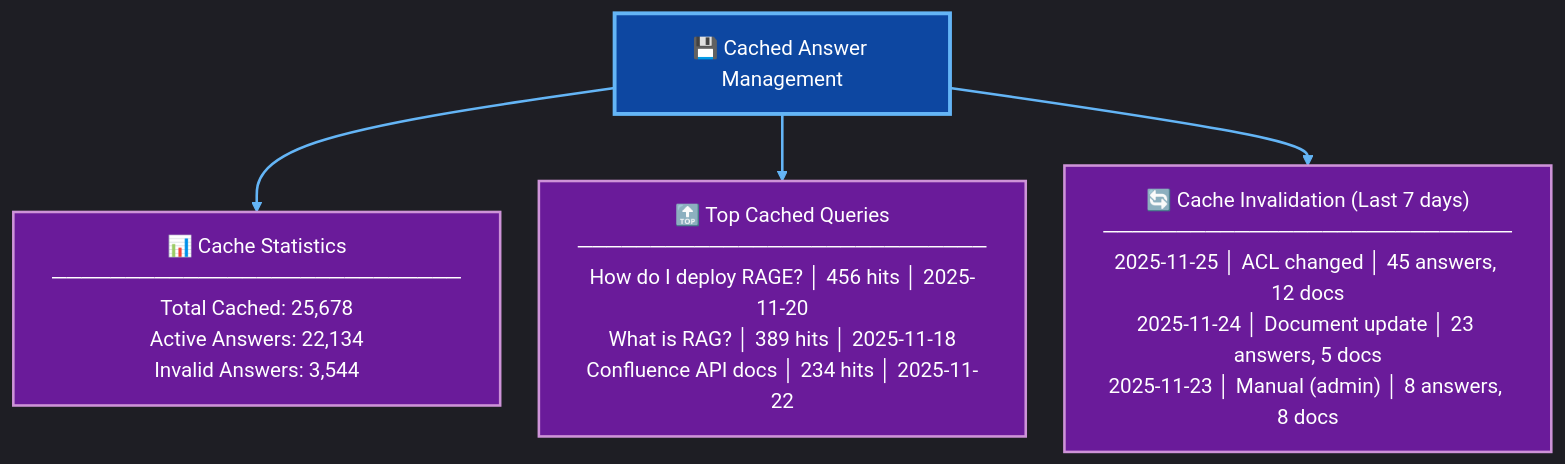
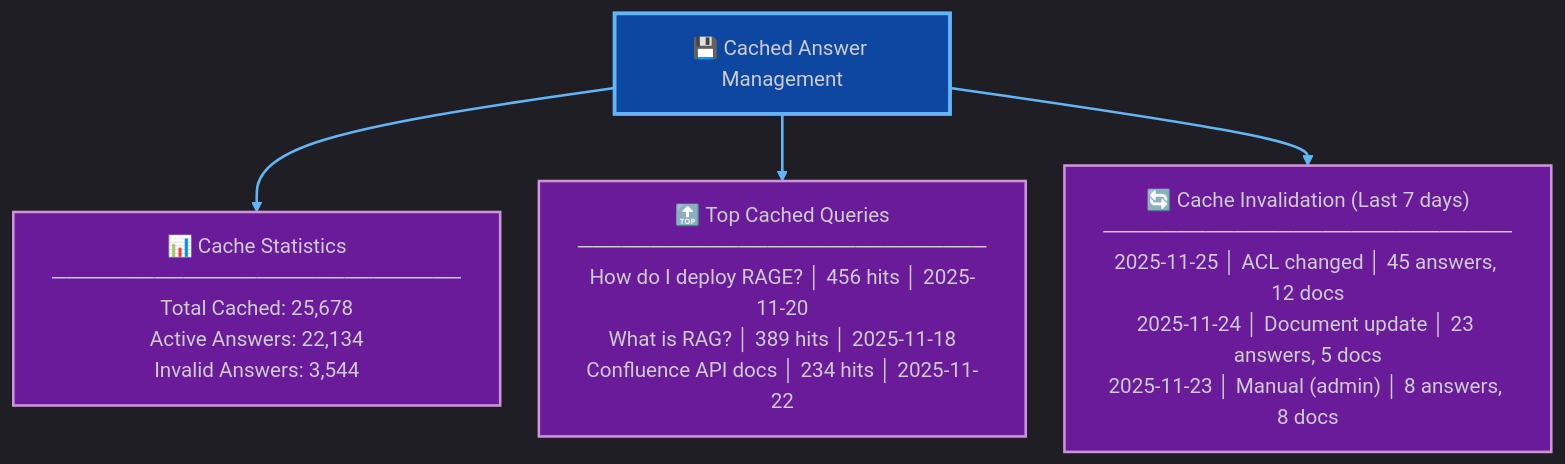
Before and after one commit to veics/rage_pitch: the seventh of 11 diagrams in docs/SECURITY_ACL.md, drawn with Mermaid. The commit also changed other lines of this file and 8 other files, not shown here.

````diff
--- a/docs/SECURITY_ACL.md
+++ b/docs/SECURITY_ACL.md
@@ -1136,24 +1136,24 @@
 ```mermaid
-%%{init: {'theme':'dark', 'flowchart': {'nodeSpacing': 30, 'rankSpacing': 40, 'curve': 'basis'}}}%%
+%%{init: {'theme':'dark', 'flowchart': {'nodeSpacing': 30, 'rankSpacing': 40, 'curve': 'basis'}, 'themeVariables': {'labelBackground':'rgba(38, 50, 56, 0.1)'}}}%%
 flowchart TD
     %% Title: Cached Answer Management Dashboard
     CACHE["💾 Cached Answer Management"]
     
     STATS["📊 Cache Statistics<br/>────────────────────────────<br/>Total Cached: 25,678<br/>Active Answers: 22,134<br/>Invalid Answers: 3,544"]
     
     TOP["🔝 Top Cached Queries<br/>────────────────────────────<br/>How do I deploy RAGE? │ 456 hits │ 2025-11-20<br/>What is RAG? │ 389 hits │ 2025-11-18<br/>Confluence API docs │ 234 hits │ 2025-11-22"]
     
     INVALID["🔄 Cache Invalidation (Last 7 days)<br/>────────────────────────────<br/>2025-11-25 │ ACL changed │ 45 answers, 12 docs<br/>2025-11-24 │ Document update │ 23 answers, 5 docs<br/>2025-11-23 │ Manual (admin) │ 8 answers, 8 docs"]
     
     CACHE --> STATS
     CACHE --> TOP
     CACHE --> INVALID
     
-    classDef cache fill:#0d47a1,stroke:#64b5f6,stroke-width:3px,color:#fff;
-    classDef info fill:#6a1b9a,stroke:#ce93d8,stroke-width:2px,color:#fff;
+    classDef cache fill:#0d47a1,stroke:#64b5f6,stroke-width:3px;
+    classDef info fill:#6a1b9a,stroke:#ce93d8,stroke-width:2px;
     
     class CACHE cache;
     class STATS,TOP,INVALID info;
     
     linkStyle default stroke:#64b5f6,stroke-width:2px;
 ```
````
